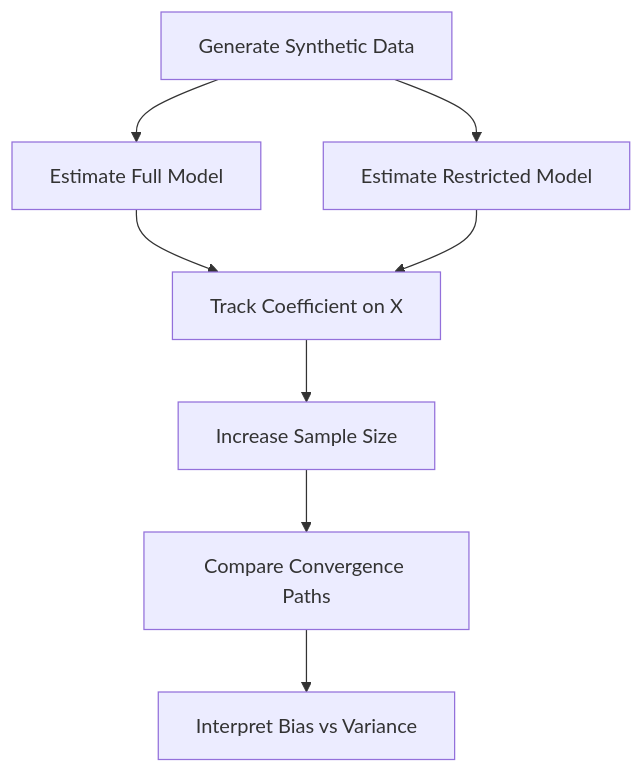
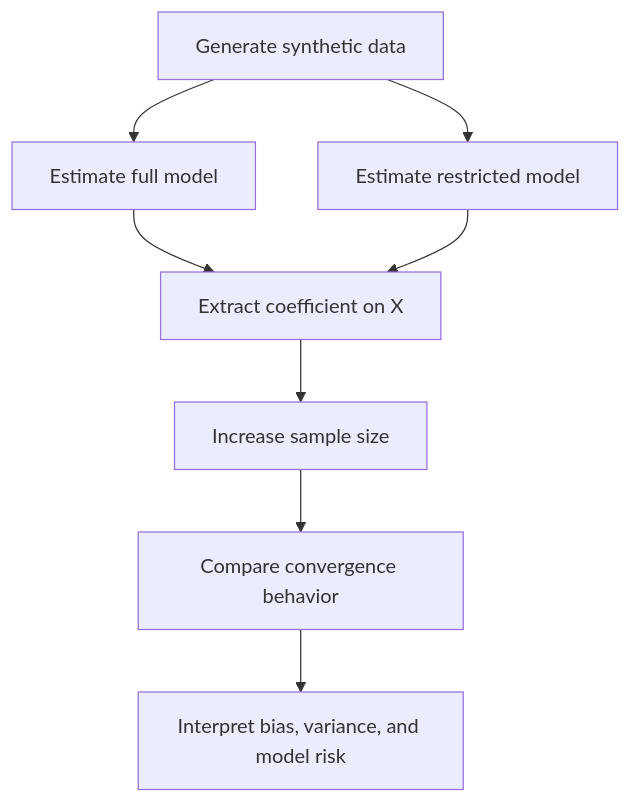
Before and after one commit to Dossiya-SE/dossiyadakou-mac-project: the second of 2 diagrams in problems/problem-1d-omitted-variable-bias/README.md, drawn with Mermaid. The commit also changed other lines of this file, not shown here.

````diff
--- a/problems/problem-1d-omitted-variable-bias/README.md
+++ b/problems/problem-1d-omitted-variable-bias/README.md
@@ -317,10 +272,10 @@
 ```mermaid
 flowchart TD
-    A[Generate Synthetic Data] --> B[Estimate Full Model]
-    A --> C[Estimate Restricted Model]
-    B --> D[Track Coefficient on X]
+    A[Generate synthetic data] --> B[Estimate full model]
+    A --> C[Estimate restricted model]
+    B --> D[Extract coefficient on X]
     C --> D
-    D --> E[Increase Sample Size]
-    E --> F[Compare Convergence Paths]
-    F --> G[Interpret Bias vs Variance]
+    D --> E[Increase sample size]
+    E --> F[Compare convergence behavior]
+    F --> G[Interpret bias, variance, and model risk]
 ```
````
